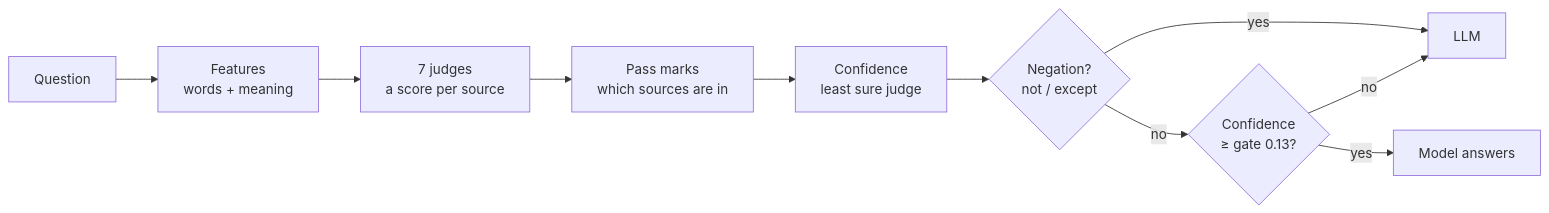
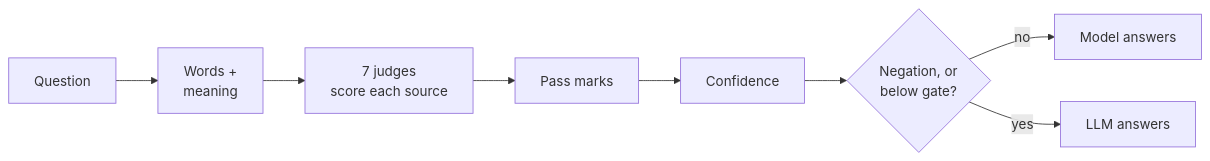
The fourth of 7 diagrams in README.md (saramamatha19/AetherionPrism), drawn with Mermaid before and after one commit. The commit also changed other lines of this file and 1 other file, not shown here.

````diff
--- a/README.md
+++ b/README.md
@@ -93,8 +67,6 @@
 ```mermaid
 flowchart LR
-    Q["Question"] --> F["Features<br/>words + meaning"] --> J["7 judges<br/>a score per source"] --> T["Pass marks<br/>which sources are in"] --> C["Confidence<br/>least sure judge"] --> N{"Negation?<br/>not / except"}
-    N -- yes --> L["LLM"]
-    N -- no --> G{"Confidence<br/>≥ gate 0.13?"}
-    G -- yes --> M["Model answers"]
-    G -- no --> L
+    Q["Question"] --> F["Words +<br/>meaning"] --> J["7 judges<br/>score each source"] --> T["Pass marks"] --> C["Confidence"] --> G{"Negation, or<br/>below gate?"}
+    G -- no --> M["Model answers"]
+    G -- yes --> L["LLM answers"]
 ```
````
